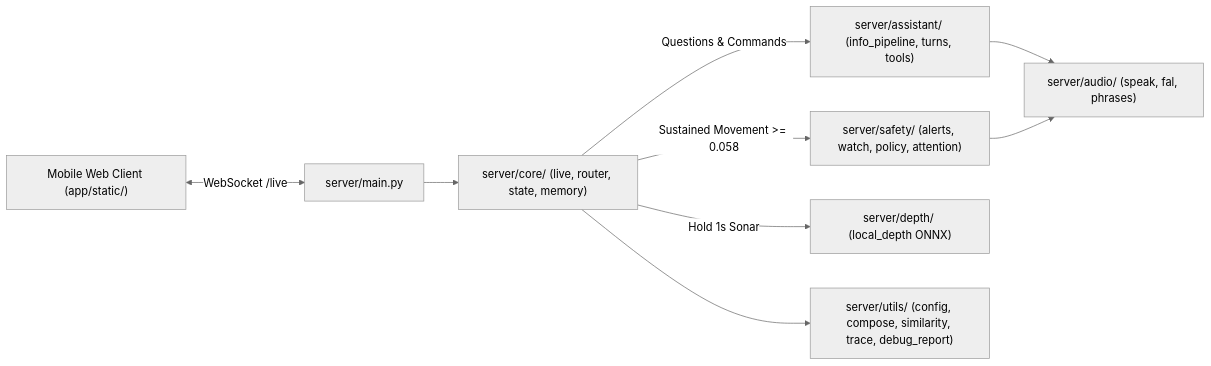
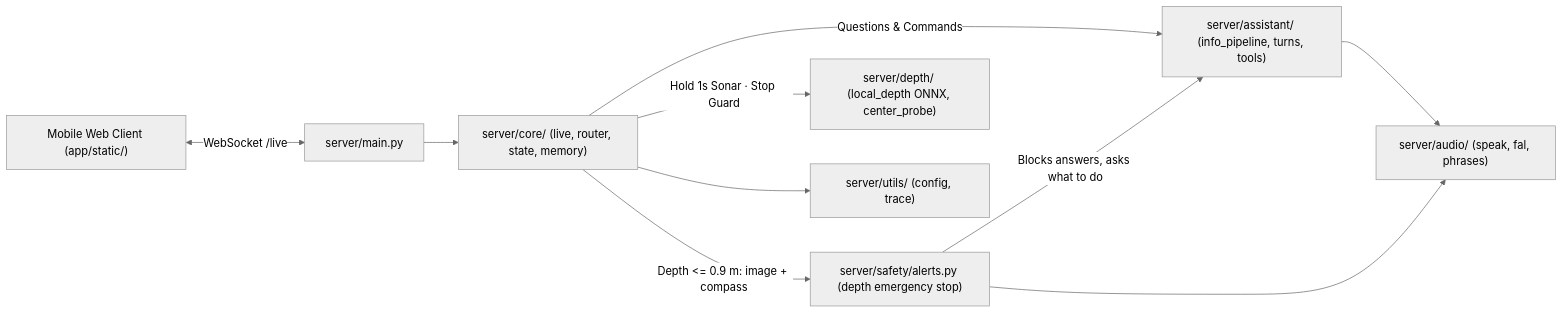
The diagram in README.md (Mike17K/genaisummit2026), drawn with Mermaid (neutral theme) before and after one commit. The commit also changed other lines of this file and 38 other files, not shown here.

````diff
--- a/README.md
+++ b/README.md
@@ -11,11 +11,12 @@
 ```mermaid
 flowchart LR
     Phone["Mobile Web Client (app/static/)"] <-->|"WebSocket /live"| Main["server/main.py"]
     Main --> Core["server/core/ (live, router, state, memory)"]
     Core -->|"Questions & Commands"| Asst["server/assistant/ (info_pipeline, turns, tools)"]
-    Core -->|"Sustained Movement >= 0.058"| Safe["server/safety/ (alerts, watch, policy, attention)"]
-    Core -->|"Hold 1s Sonar"| Depth["server/depth/ (local_depth ONNX)"]
+    Core -->|"Depth <= 0.9 m: image + compass"| Safe["server/safety/alerts.py (depth emergency stop)"]
+    Core -->|"Hold 1s Sonar · Stop Guard"| Depth["server/depth/ (local_depth ONNX, center_probe)"]
     Asst --> Audio["server/audio/ (speak, fal, phrases)"]
     Safe --> Audio
-    Core --> Utils["server/utils/ (config, compose, similarity, trace, debug_report)"]
+    Safe -->|"Blocks answers, asks what to do"| Asst
+    Core --> Utils["server/utils/ (config, trace)"]
 ```
````
